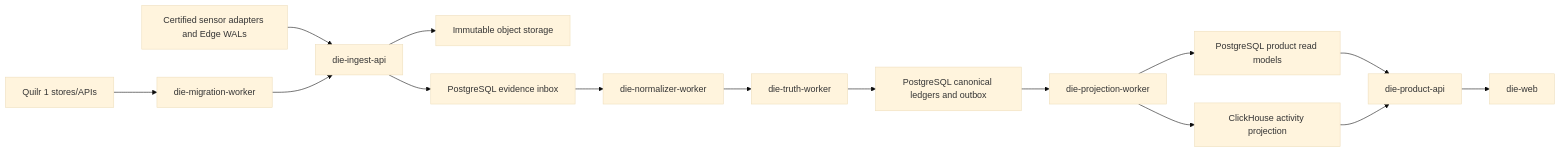
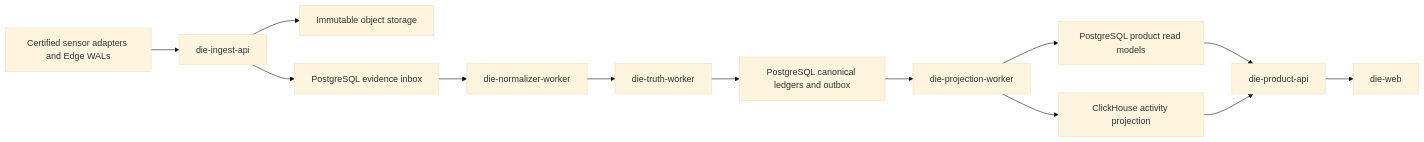
The diagram in starliner-ga/passes/01-discovery-inventory-evidence/06-runtime-storage-workers-and-scaling.md (amjad-f35/quilr2-cross-sensor), drawn with Mermaid (base theme) before and after one commit. The commit also changed other lines of this file and 92 other files, not shown here.

````diff
--- a/starliner-ga/passes/01-discovery-inventory-evidence/06-runtime-storage-workers-and-scaling.md
+++ b/starliner-ga/passes/01-discovery-inventory-evidence/06-runtime-storage-workers-and-scaling.md
@@ -7,17 +7,15 @@
 ```mermaid
 flowchart LR
   S["Certified sensor adapters and Edge WALs"] --> I["die-ingest-api"]
   I --> O["Immutable object storage"]
   I --> P["PostgreSQL evidence inbox"]
   P --> N["die-normalizer-worker"]
   N --> T["die-truth-worker"]
   T --> C["PostgreSQL canonical ledgers and outbox"]
   C --> R["die-projection-worker"]
   R --> PR["PostgreSQL product read models"]
   R --> CH["ClickHouse activity projection"]
   PR --> A["die-product-api"]
   CH --> A
   A --> UI["die-web"]
-  Q1["Quilr 1 stores/APIs"] --> M["die-migration-worker"]
-  M --> I
 ```
````
